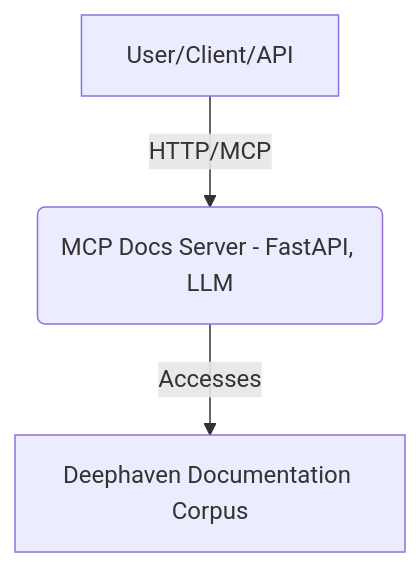
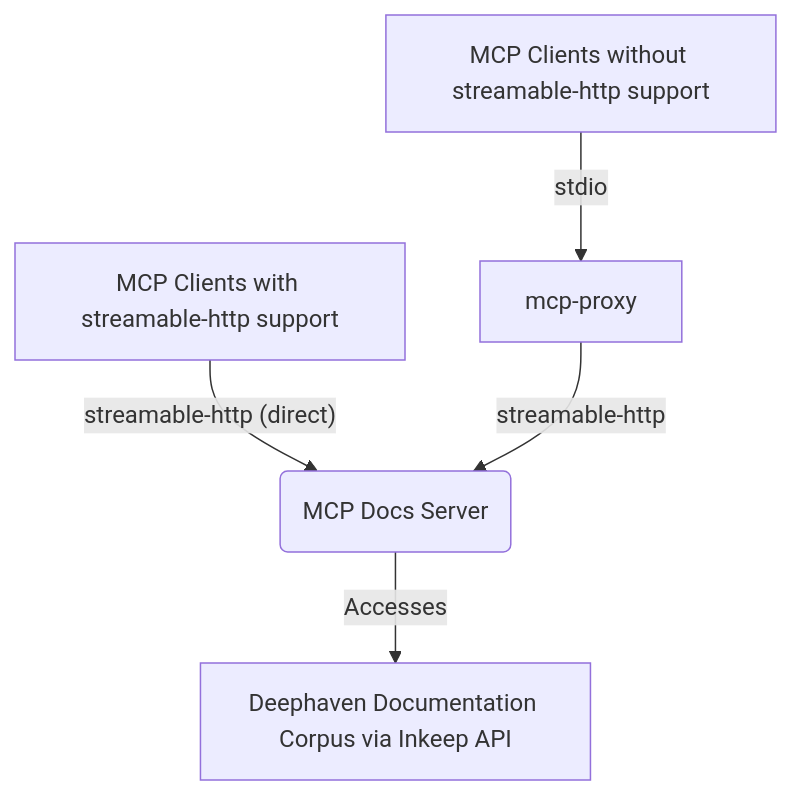
One commit to deephaven/deephaven-mcp changed the second of 2 diagrams in docs/DEVELOPER_GUIDE.md. Above: the diagram before and after it, drawn with Mermaid. The commit also changed other lines of this file and 28 other files, not shown here.

````diff
--- a/docs/DEVELOPER_GUIDE.md
+++ b/docs/DEVELOPER_GUIDE.md
@@ -157,5 +167,7 @@
 ```mermaid
 graph TD
-    A[User/Client/API] -- HTTP/MCP --> B(MCP Docs Server - FastAPI, LLM);
-    B -- Accesses --> C[Deephaven Documentation Corpus];
+    A[MCP Clients with streamable-http support] -- streamable-http (direct) --> B(MCP Docs Server);
+    C[MCP Clients without streamable-http support] -- stdio --> D[mcp-proxy];
+    D -- streamable-http --> B;
+    B -- Accesses --> E[Deephaven Documentation Corpus via Inkeep API];
 ```
````
